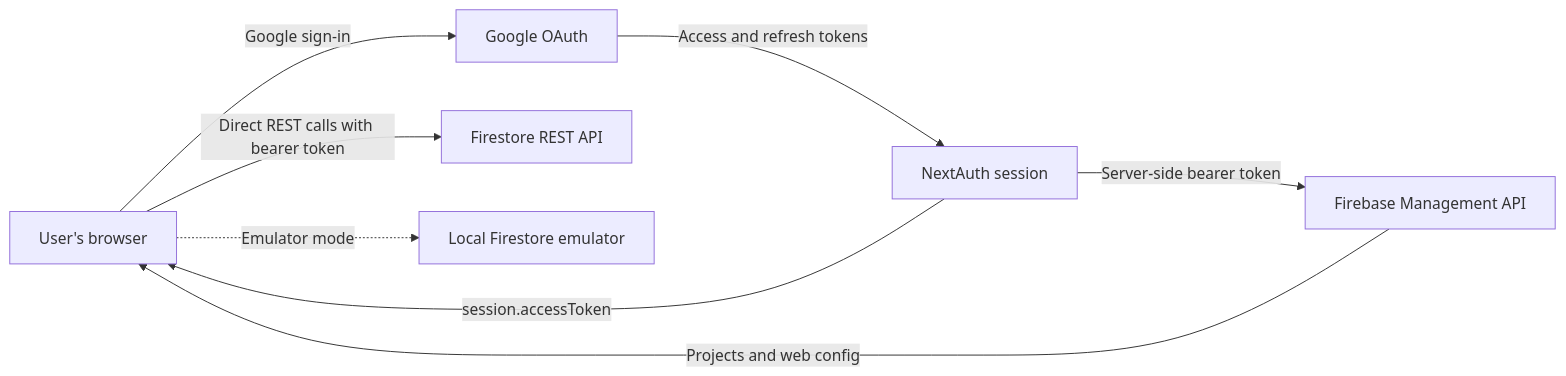
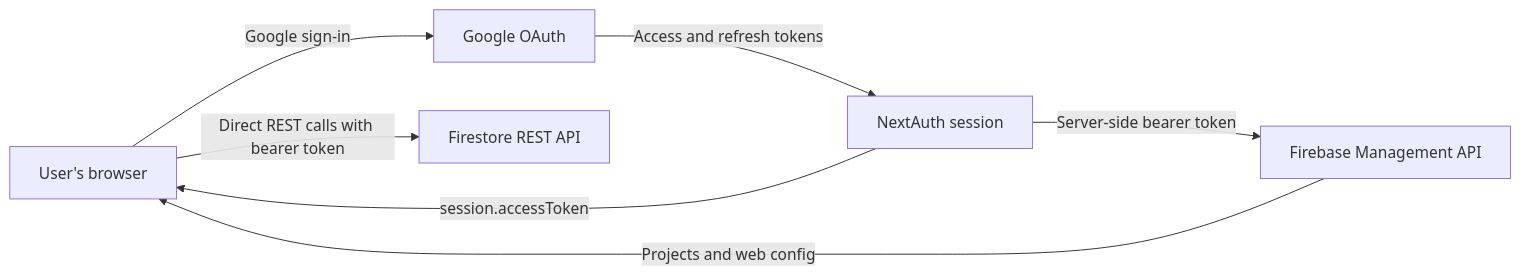
Before and after one commit to adil2190/flux-fire: the diagram in README.md, drawn with Mermaid. The commit also changed other lines of this file and 321 other files, not shown here.

````diff
--- a/README.md
+++ b/README.md
@@ -89,10 +87,9 @@
 ```mermaid
 flowchart LR
     U[User's browser] -->|Google sign-in| G[Google OAuth]
     G -->|Access and refresh tokens| N[NextAuth session]
     N -->|Server-side bearer token| M[Firebase Management API]
     M -->|Projects and web config| U
     N -->|session.accessToken| U
     U -->|Direct REST calls with bearer token| F[Firestore REST API]
-    U -. Emulator mode .-> E[Local Firestore emulator]
 ```
````
